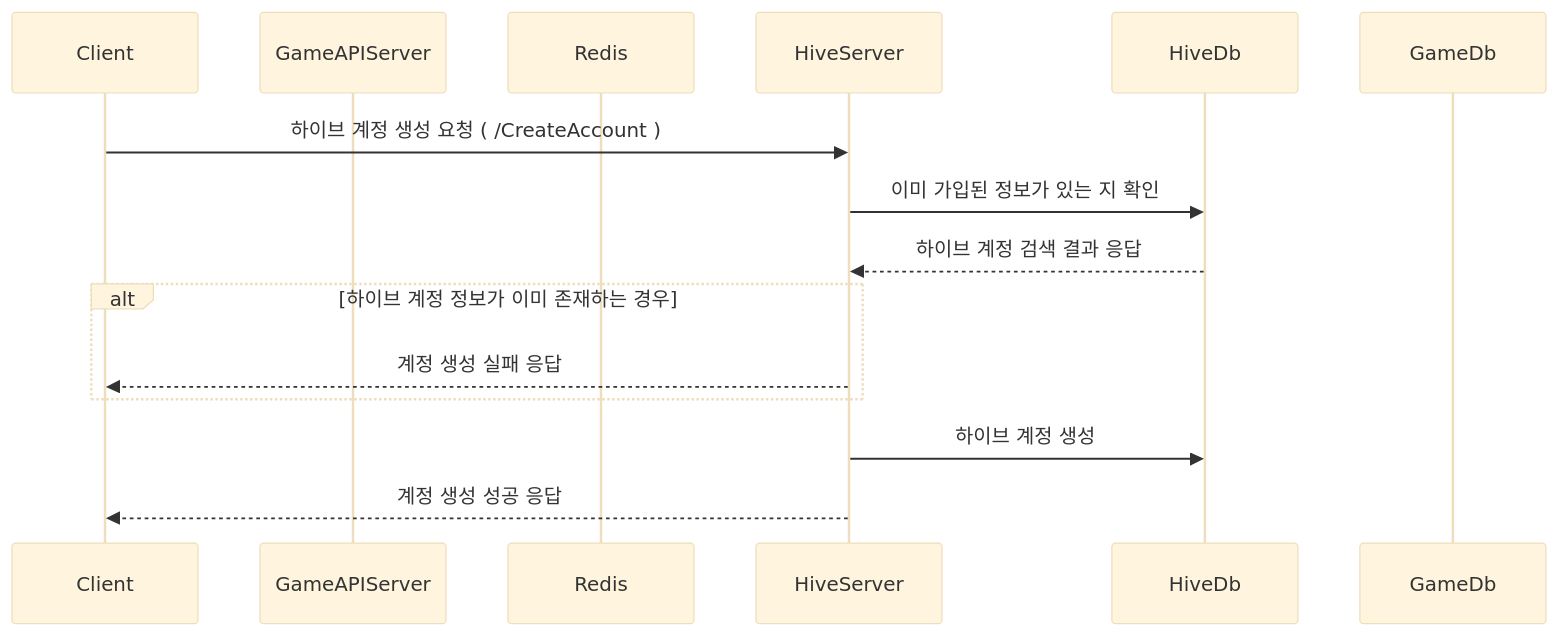
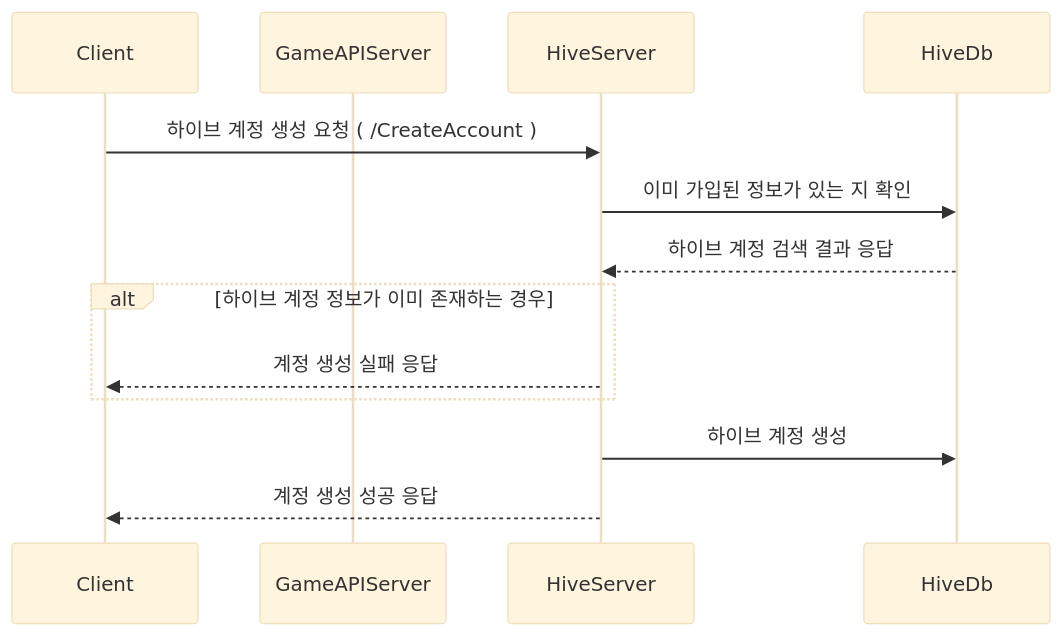
One commit to ks-wook/com2us_omok_server changed the first of 2 diagrams in SequenceDiagram.md. Above: the diagram before and after it, drawn with Mermaid (base theme).

````diff
--- a/SequenceDiagram.md
+++ b/SequenceDiagram.md
@@ -3,22 +3,20 @@
 ```mermaid
 sequenceDiagram
     
     participant Client
     participant GameAPIServer
-    participant Redis
     participant HiveServer
     participant HiveDb
-    participant GameDb
 
 
     Client             ->> HiveServer:        하이브 계정 생성 요청 ( /CreateAccount )
     HiveServer         ->> HiveDb:            이미 가입된 정보가 있는 지 확인
     HiveDb            -->> HiveServer:        하이브 계정 검색 결과 응답
     alt 하이브 계정 정보가 이미 존재하는 경우
         HiveServer    -->> Client:            계정 생성 실패 응답
     end
 
     HiveServer         ->> HiveDb:            하이브 계정 생성
     HiveServer        -->> Client:            계정 생성 성공 응답
 
 ```
````
